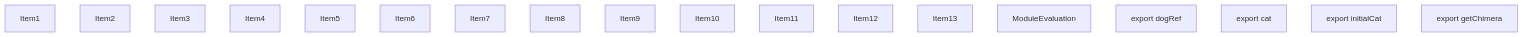
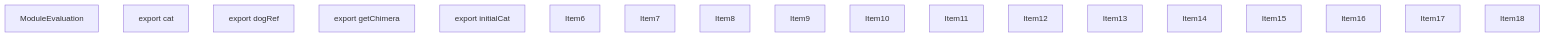
Before and after one commit to vercel/turborepo: the first of 5 diagrams in crates/turbopack-ecmascript/tests/tree-shaker/analyzer/complex/output.md, drawn with Mermaid. The commit also changed other lines of this file and 24 other files, not shown here.

````diff
--- a/crates/turbopack-ecmascript/tests/tree-shaker/analyzer/complex/output.md
+++ b/crates/turbopack-ecmascript/tests/tree-shaker/analyzer/complex/output.md
@@ -154,26 +154,26 @@
 ```mermaid
 graph TD
     Item1;
+    Item1["ModuleEvaluation"];
     Item2;
+    Item2["export cat"];
     Item3;
+    Item3["export dogRef"];
     Item4;
+    Item4["export getChimera"];
     Item5;
+    Item5["export initialCat"];
     Item6;
     Item7;
     Item8;
     Item9;
     Item10;
     Item11;
     Item12;
     Item13;
     Item14;
-    Item14["ModuleEvaluation"];
     Item15;
-    Item15["export dogRef"];
     Item16;
-    Item16["export cat"];
     Item17;
-    Item17["export initialCat"];
     Item18;
-    Item18["export getChimera"];
 ```
````
